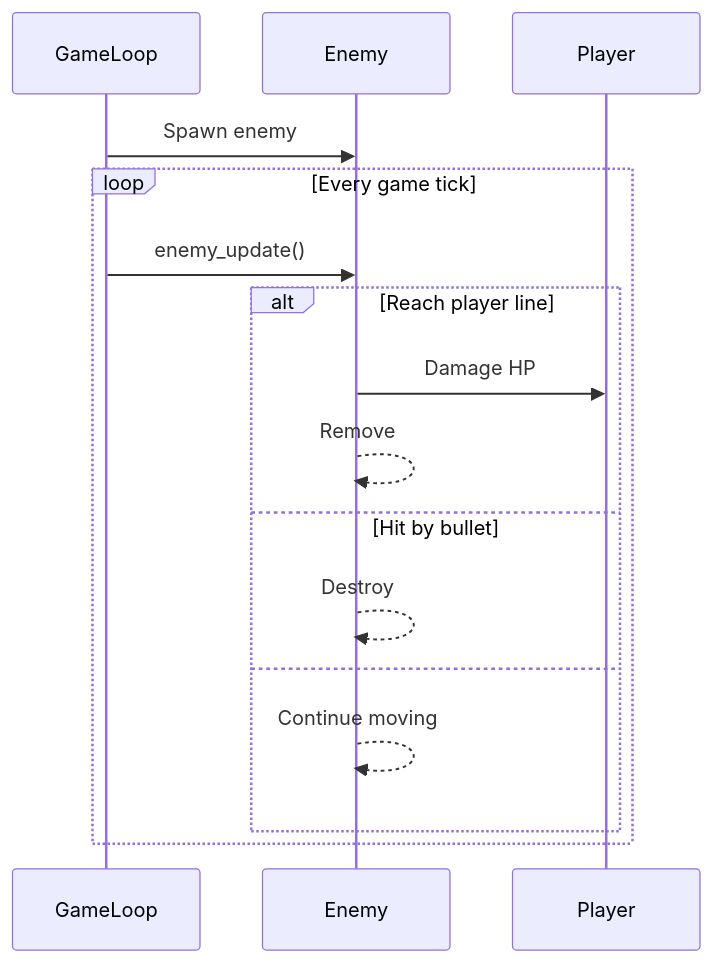
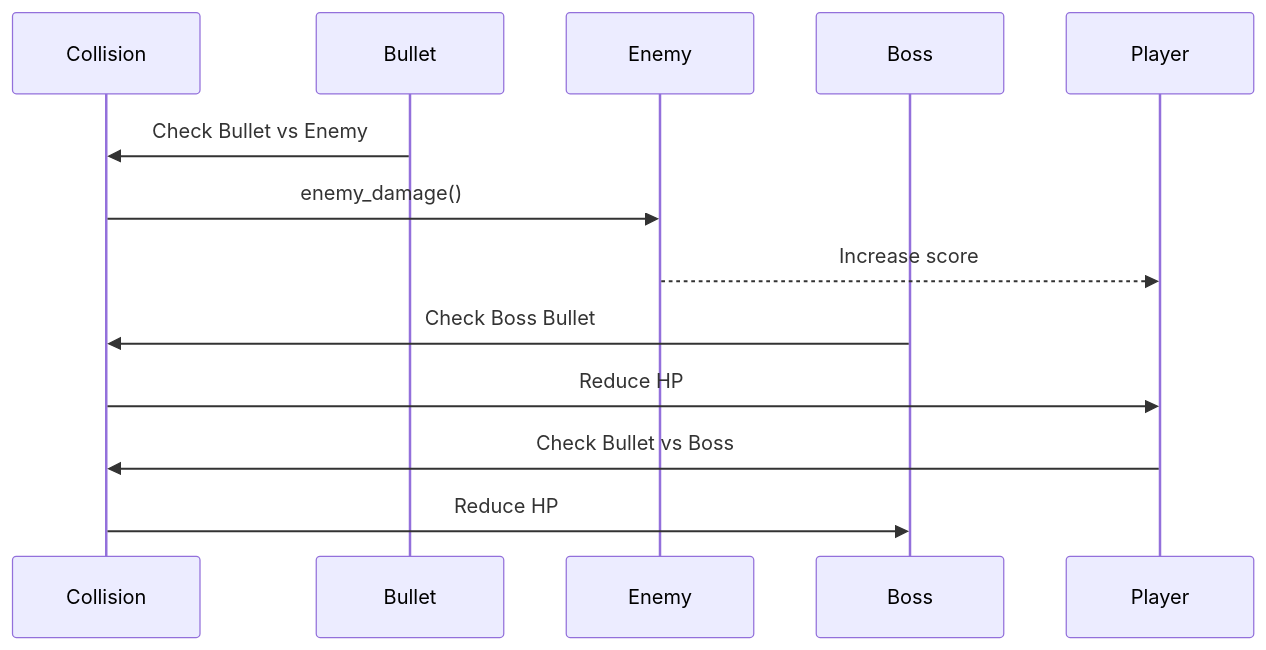
The seventh of 7 diagrams in application/docs/03-software-architecture.md (phihungnguyen1402-byte/Monster-Shooter_Game), drawn with Mermaid before and after one commit. The commit also changed other lines of this file, not shown here.

````diff
--- a/application/docs/03-software-architecture.md
+++ b/application/docs/03-software-architecture.md
@@ -187,31 +211,23 @@
 ```mermaid
 sequenceDiagram
 
-participant GameLoop
+participant Collision
+participant Bullet
 participant Enemy
+participant Boss
 participant Player
 
-GameLoop->>Enemy: Spawn enemy
+Bullet->>Collision: Check Bullet vs Enemy
 
-loop Every game tick
+Collision->>Enemy: enemy_damage()
 
-    GameLoop->>Enemy: enemy_update()
+Enemy-->>Player: Increase score
 
-    alt Reach player line
+Boss->>Collision: Check Boss Bullet
 
-        Enemy->>Player: Damage HP
+Collision->>Player: Reduce HP
 
-        Enemy-->>Enemy: Remove
+Player->>Collision: Check Bullet vs Boss
 
-    else Hit by bullet
-
-        Enemy-->>Enemy: Destroy
-
-    else
-
-        Enemy-->>Enemy: Continue moving
-
-    end
-
-end
+Collision->>Boss: Reduce HP
 ```
````
